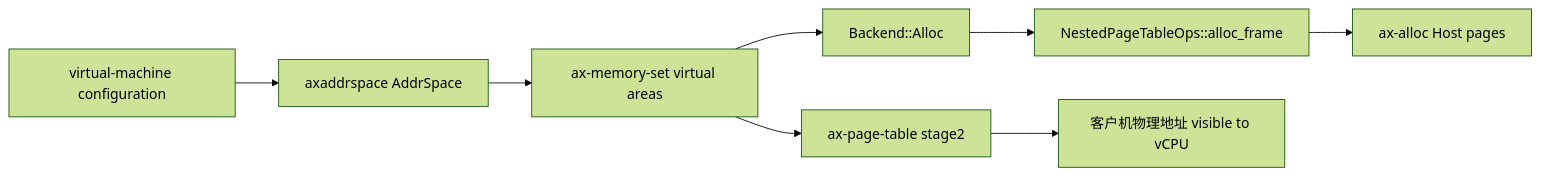
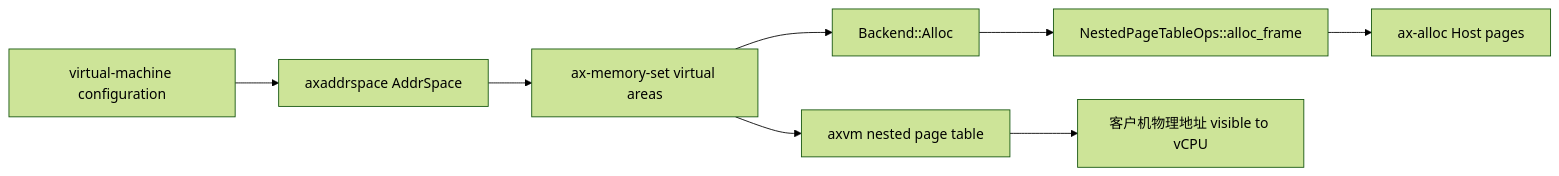
One commit to rcore-os/tgoskits changed the third of 3 diagrams in docs/docs/architecture/memory/integration.md. Above: the diagram before and after it, drawn with Mermaid (forest theme). The commit also changed other lines of this file and 141 other files, not shown here.

Commit message:
refactor(axcpu): split ax-page-table into axcpu::paging and page-table-generic

````diff
--- a/docs/docs/architecture/memory/integration.md
+++ b/docs/docs/architecture/memory/integration.md
@@ -231,10 +231,10 @@
 ```mermaid
 flowchart LR
     VM["virtual-machine configuration"] --> AS["axaddrspace AddrSpace"]
     AS --> MS["ax-memory-set virtual areas"]
     MS --> Guest["Backend::Alloc"]
     Guest --> Ops["NestedPageTableOps::alloc_frame"]
     Ops --> Host["ax-alloc Host pages"]
-    MS --> 嵌套页表["ax-page-table stage2"]
+    MS --> 嵌套页表["axvm nested page table"]
     嵌套页表 --> Vcpu["客户机物理地址 visible to vCPU"]
 ```
````
